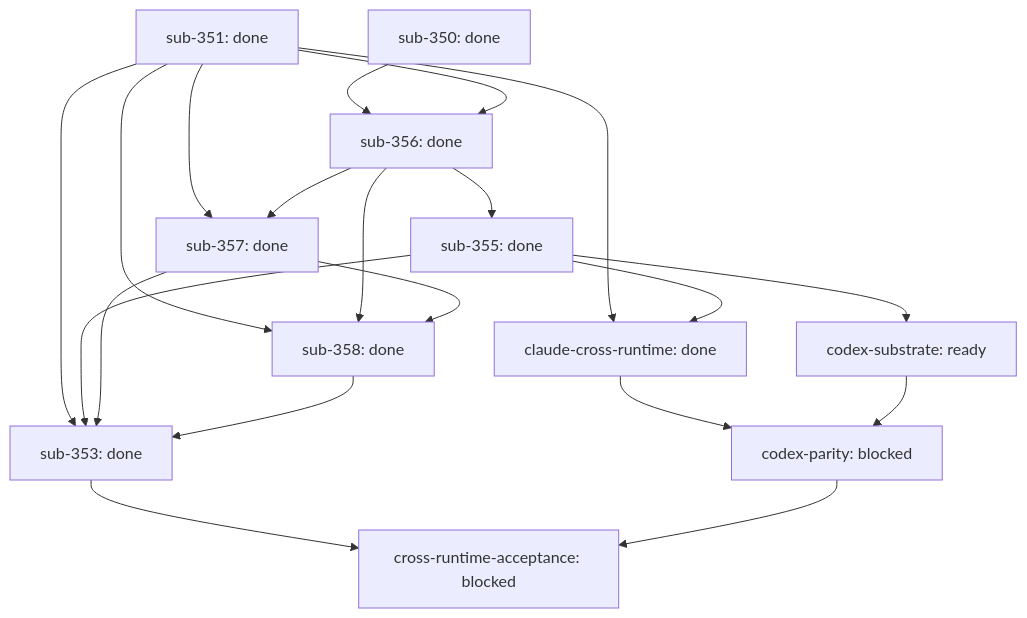
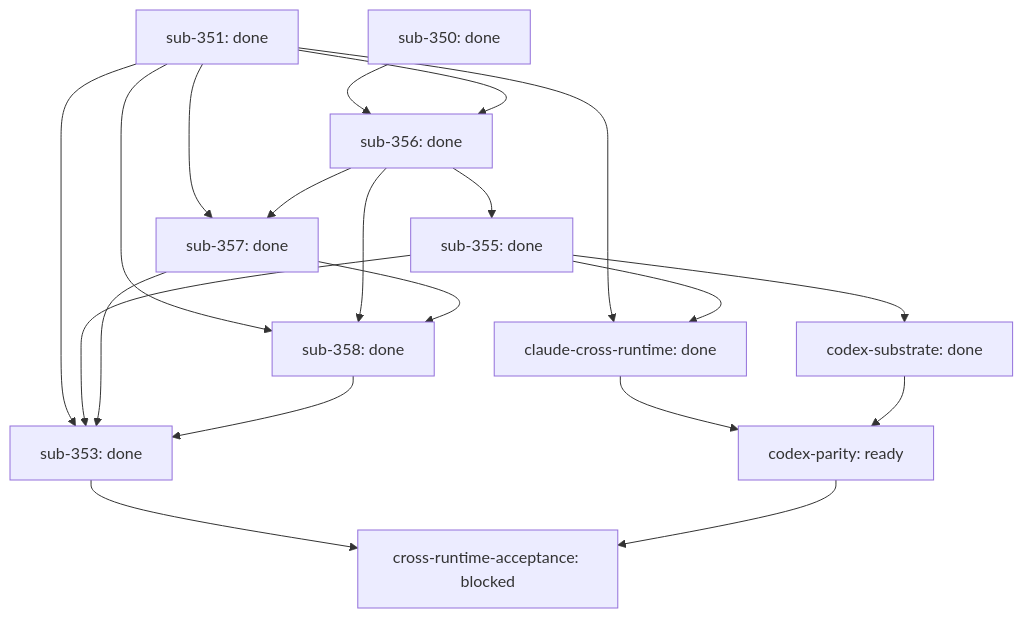
One commit to infiquetra/infiquetra-claude-plugins changed the diagram in docs/outcomes/lease-safe-runtime-continuity/report.md. Above: the diagram before and after it, drawn with Mermaid. The commit also changed other lines of this file and 5 other files, not shown here.

First line of the commit message:
docs(outcome): harvest codex-substrate — closure evidence, report, learnings

````diff
--- a/docs/outcomes/lease-safe-runtime-continuity/report.md
+++ b/docs/outcomes/lease-safe-runtime-continuity/report.md
@@ -7,33 +7,33 @@
 ```mermaid
 flowchart TD
     sub-350["sub-350: done"]
     sub-351["sub-351: done"]
     sub-356["sub-356: done"]
     sub-355["sub-355: done"]
     sub-357["sub-357: done"]
     sub-358["sub-358: done"]
     claude-cross-runtime["claude-cross-runtime: done"]
     sub-353["sub-353: done"]
-    codex-substrate["codex-substrate: ready"]
-    codex-parity["codex-parity: blocked"]
+    codex-substrate["codex-substrate: done"]
+    codex-parity["codex-parity: ready"]
     cross-runtime-acceptance["cross-runtime-acceptance: blocked"]
     sub-350 --> sub-356
     sub-351 --> sub-356
     sub-356 --> sub-355
     sub-351 --> sub-357
     sub-356 --> sub-357
     sub-351 --> sub-358
     sub-356 --> sub-358
     sub-357 --> sub-358
     sub-351 --> claude-cross-runtime
     sub-355 --> claude-cross-runtime
     sub-351 --> sub-353
     sub-355 --> sub-353
     sub-357 --> sub-353
     sub-358 --> sub-353
     sub-355 --> codex-substrate
     claude-cross-runtime --> codex-parity
     codex-substrate --> codex-parity
     sub-353 --> cross-runtime-acceptance
     codex-parity --> cross-runtime-acceptance
 ```
````
